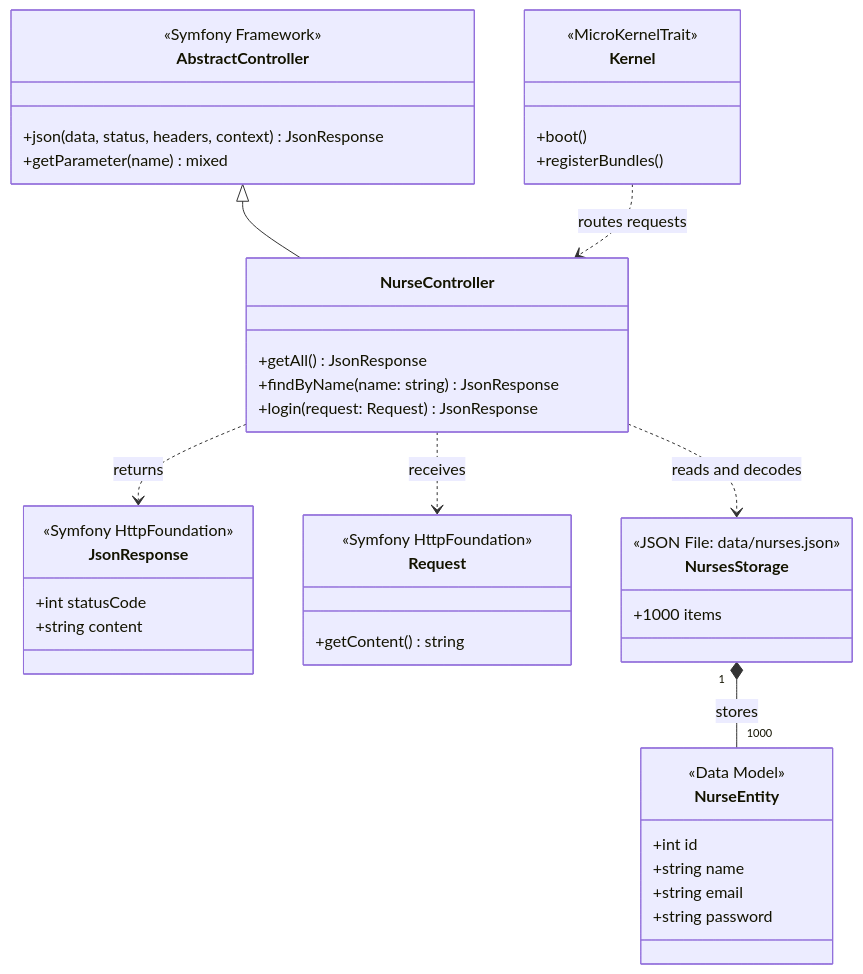
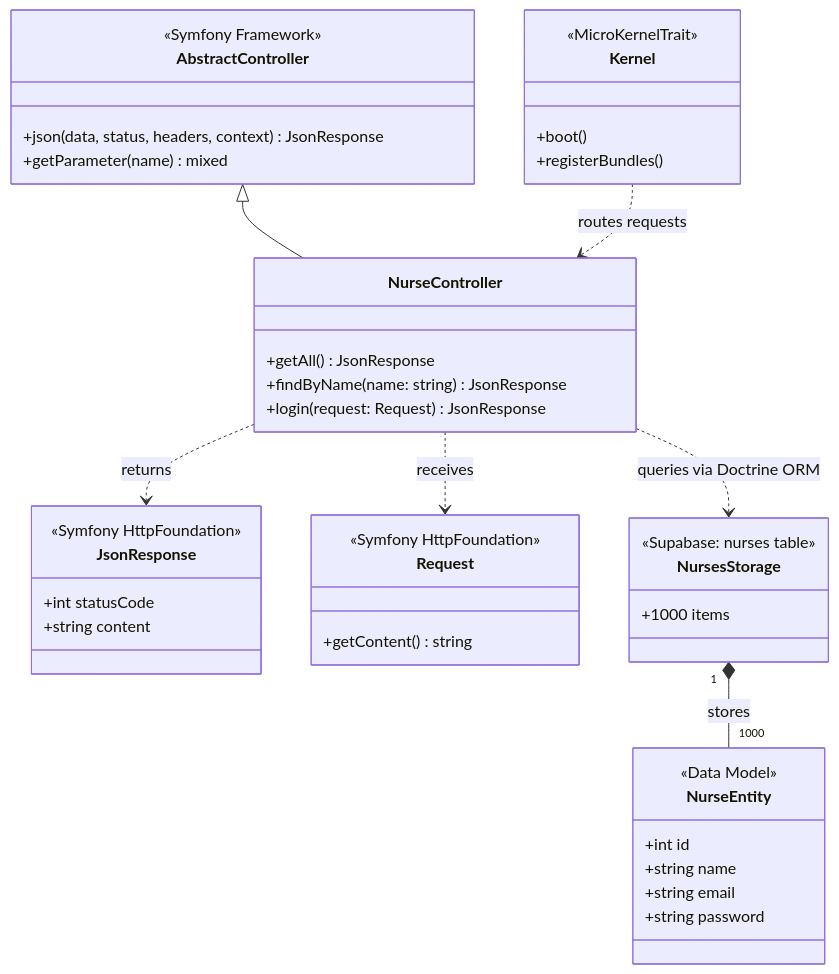
One commit to Ignaciobrenas/Nurse-Simulator changed the third of 7 diagrams in docs/general/DOCUMENTATION_EN.md. Above: the diagram before and after it, drawn with Mermaid. The commit also changed other lines of this file and 7 other files, not shown here.

````diff
--- a/docs/general/DOCUMENTATION_EN.md
+++ b/docs/general/DOCUMENTATION_EN.md
@@ -223,52 +223,52 @@
 ```mermaid
 classDiagram
     direction TB
     class Kernel {
         <<MicroKernelTrait>>
         +boot()
         +registerBundles()
     }
 
     class AbstractController {
         <<Symfony Framework>>
         +json(data, status, headers, context) JsonResponse
         +getParameter(name) mixed
     }
 
     class NurseController {
         +getAll() JsonResponse
         +findByName(name: string) JsonResponse
         +login(request: Request) JsonResponse
     }
 
     class JsonResponse {
         <<Symfony HttpFoundation>>
         +int statusCode
         +string content
     }
 
     class Request {
         <<Symfony HttpFoundation>>
         +getContent() string
     }
 
     class NurseEntity {
         <<Data Model>>
         +int id
         +string name
         +string email
         +string password
     }
 
     class NursesStorage {
-        <<JSON File: data/nurses.json>>
+        <<Supabase: nurses table>>
         +1000 items
     }
 
     AbstractController <|-- NurseController
     NurseController ..> Request : receives
     NurseController ..> JsonResponse : returns
-    NurseController ..> NursesStorage : reads and decodes
+    NurseController ..> NursesStorage : queries via Doctrine ORM
     NursesStorage "1" *-- "1000" NurseEntity : stores
     Kernel ..> NurseController : routes requests
 ```
````
